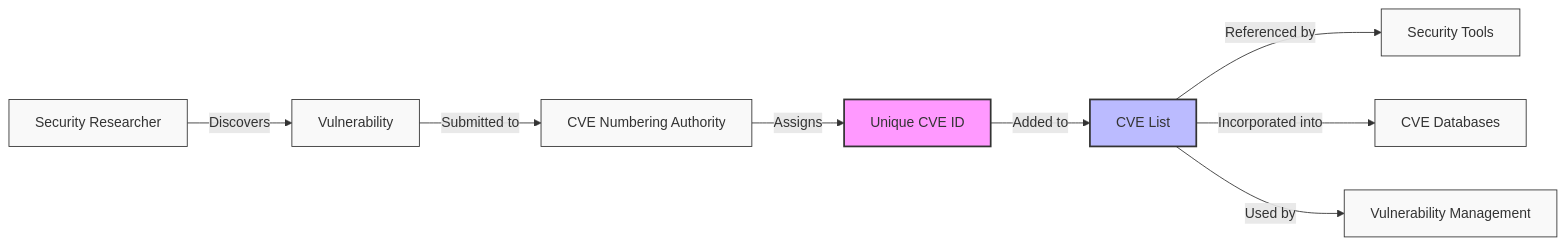
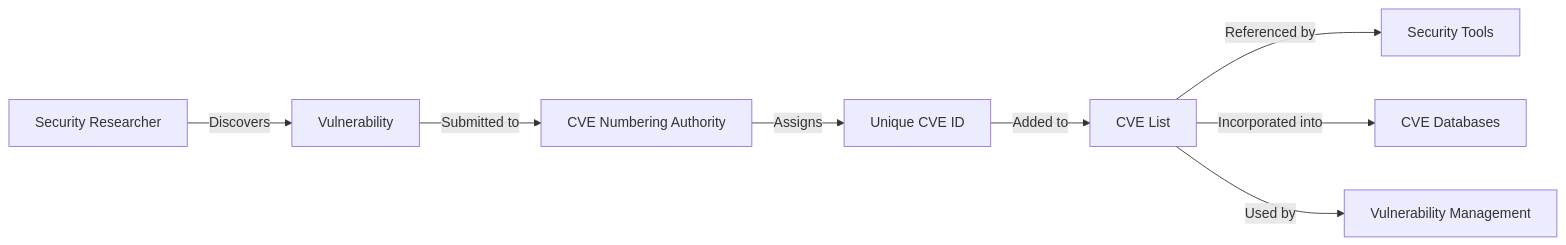
The first of 3 diagrams in glossary/19_cve.mdx (glasskube/glasskube.dev), drawn with Mermaid before and after one commit. The commit also changed other lines of this file and 3 other files, not shown here.

Commit message:
chore: reorder glossary, style diagrams

````diff
--- a/glossary/19_cve.mdx
+++ b/glossary/19_cve.mdx
@@ -36,15 +39,10 @@
 ```mermaid
 graph LR
     A[Security Researcher] -->|Discovers| B[Vulnerability]
     B -->|Submitted to| C[CVE Numbering Authority]
     C -->|Assigns| D[Unique CVE ID]
     D -->|Added to| E[CVE List]
     E -->|Referenced by| F[Security Tools]
     E -->|Incorporated into| G[CVE Databases]
     E -->|Used by| H[Vulnerability Management]
-    
-    style D fill:#f9f,stroke:#333,stroke-width:2px
-    style E fill:#bbf,stroke:#333,stroke-width:2px
-    
-    classDef default fill:#f9f9f9,stroke:#333,stroke-width:1px
 ```
````
